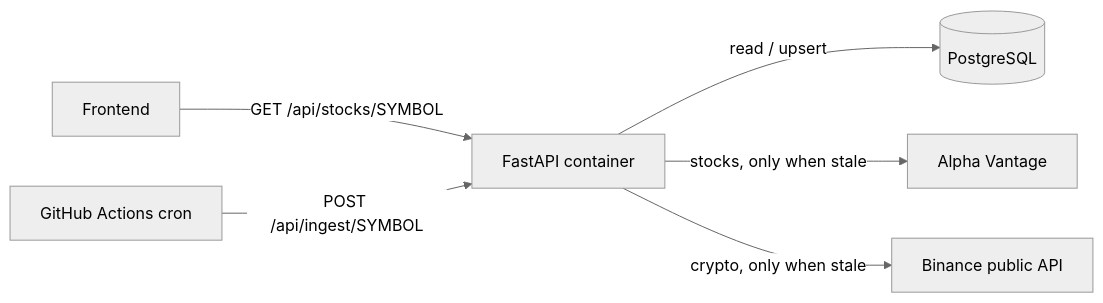
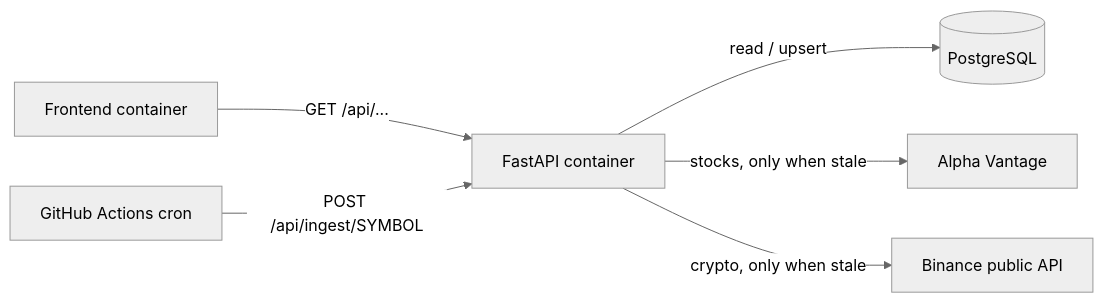
One commit to EliasNiskanen/FastAPI-backend changed the diagram in docs/DEPLOY.md. Above: the diagram before and after it, drawn with Mermaid (neutral theme). The commit also changed other lines of this file and 86 other files, not shown here.

````diff
--- a/docs/DEPLOY.md
+++ b/docs/DEPLOY.md
@@ -8,8 +8,8 @@
 ```mermaid
 flowchart LR
-    FE[Frontend] -->|GET /api/stocks/SYMBOL| API[FastAPI container]
+    FE[Frontend container] -->|GET /api/...| API[FastAPI container]
     SCH[GitHub Actions cron] -->|POST /api/ingest/SYMBOL| API
     API -->|read / upsert| DB[(PostgreSQL)]
     API -->|stocks, only when stale| AV[Alpha Vantage]
     API -->|crypto, only when stale| BN[Binance public API]
 ```
````
